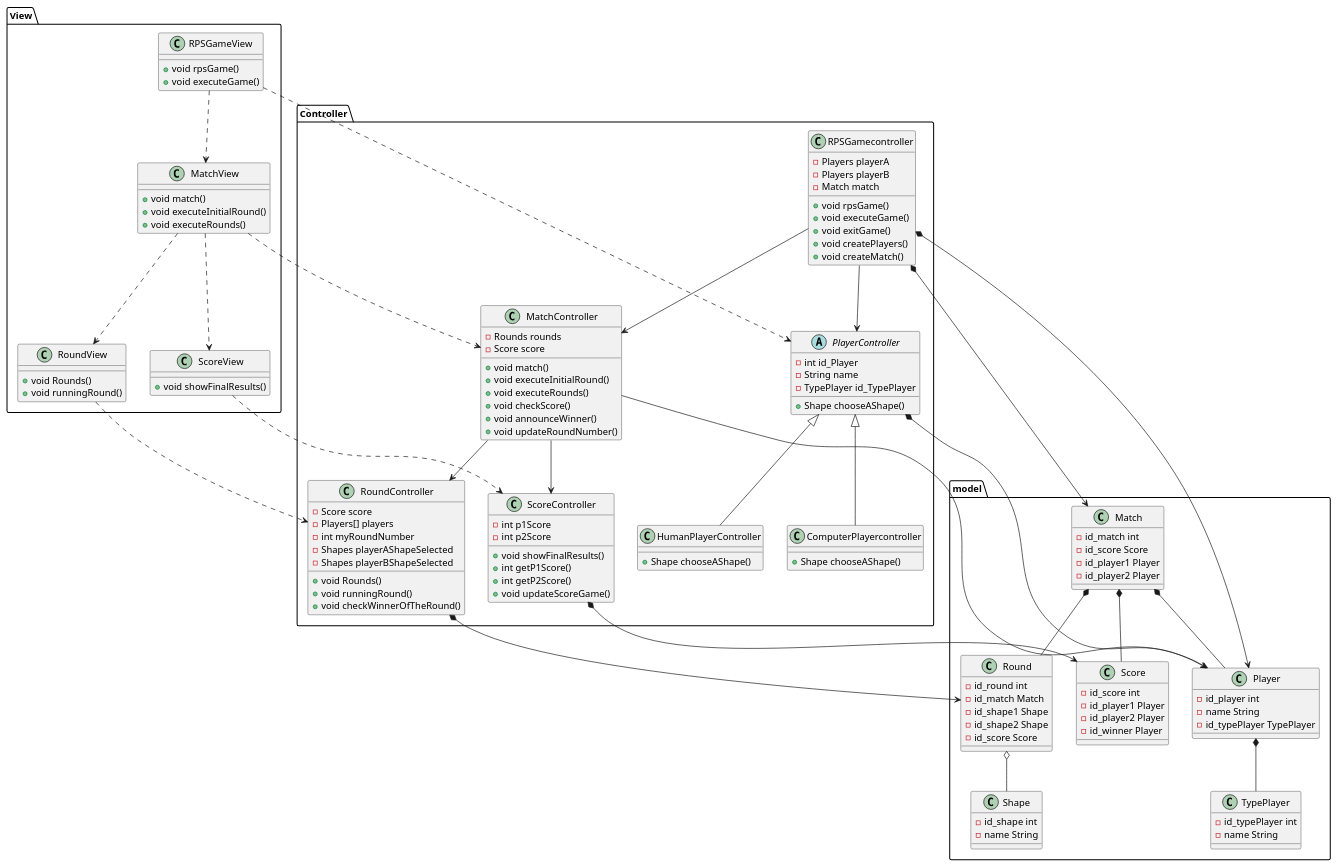
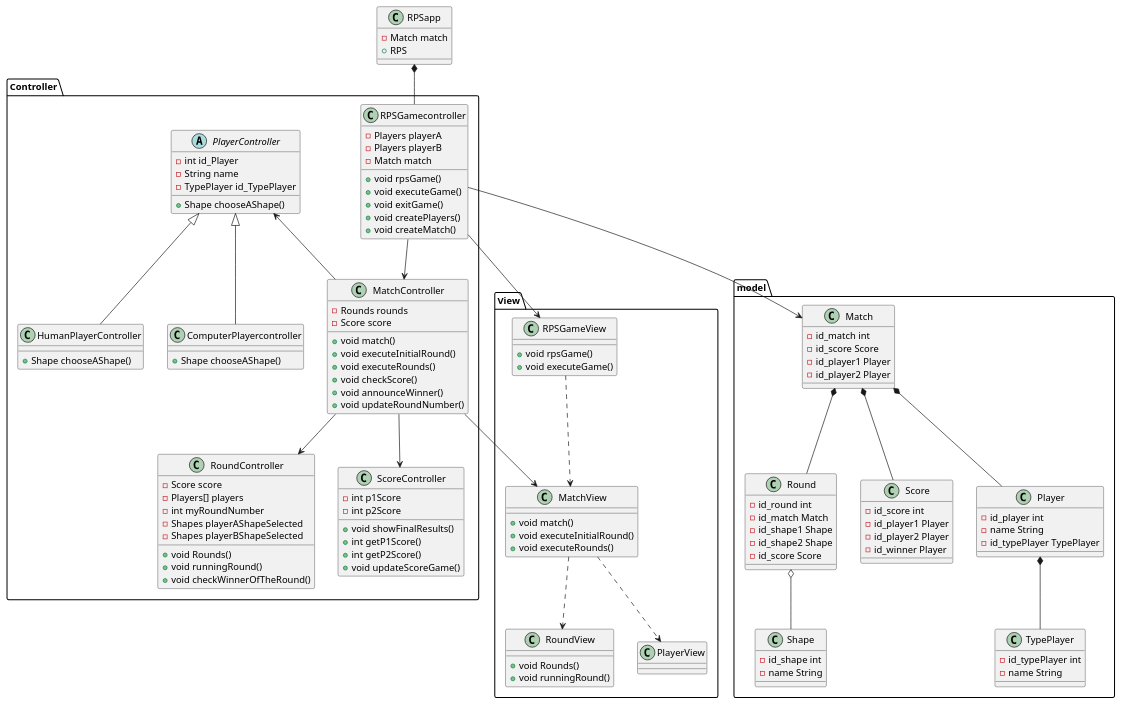
The diagram in doc/mvc-diagram.puml (ederramos01/rock-paper-scissors), drawn with PlantUML before and after one commit.

Commit message:
mvc diagram upgrade

```diff
--- a/doc/mvc-diagram.puml
+++ b/doc/mvc-diagram.puml
@@ -1,156 +1,153 @@
 @startuml
+
+class RPSapp {
+    - Match match
+    +RPS
+}
 
 package View{
     class RPSGameView {
         + void rpsGame()
         + void executeGame()
     }
 
     class MatchView {
         + void match()
         + void executeInitialRound()
         + void executeRounds()
     }
 
     class RoundView {
         + void Rounds()
         + void runningRound()
     }
 
-    class ScoreView {
-        + void showFinalResults()
+    class PlayerView {
+
     }
 }
 
 package Controller {
     class RPSGamecontroller {
         - Players playerA
         - Players playerB
         - Match match
         + void rpsGame()
         + void executeGame()
         + void exitGame()
         + void createPlayers()
         + void createMatch()
     }
 
     class MatchController {
         - Rounds rounds
         - Score score
         + void match()
         + void executeInitialRound()
         + void executeRounds()
         + void checkScore()
         + void announceWinner()
         + void updateRoundNumber()
     }
 
     class RoundController {
         - Score score
         - Players[] players
         - int myRoundNumber
         - Shapes playerAShapeSelected
         - Shapes playerBShapeSelected
         + void Rounds()
         + void runningRound()
         + void checkWinnerOfTheRound()
     }
 
     abstract class PlayerController {
         - int id_Player
         - String name
         - TypePlayer id_TypePlayer
         + Shape chooseAShape()
     }
 
     class HumanPlayerController {
         + Shape chooseAShape()
     }
 
     class ComputerPlayercontroller {
         + Shape chooseAShape()
     }
 
     class ScoreController {
         - int p1Score
         - int p2Score
         + void showFinalResults()
         + int getP1Score()
         + int getP2Score()
         + void updateScoreGame()
     }
 
+    RPSapp *-- RPSGamecontroller
     PlayerController <|-- HumanPlayerController
     PlayerController <|-- ComputerPlayercontroller
     RPSGamecontroller --> MatchController
     MatchController --> RoundController
-    RPSGamecontroller --> PlayerController
     MatchController --> ScoreController
+    PlayerController <-- MatchController
 
-    
 }
 
 package model {
     
     class Round {
     -id_round int
     -id_match Match
     -id_shape1 Shape
     -id_shape2 Shape
     -id_score Score
 }
 
 class Match {
     -id_match int
     -id_score Score
     -id_player1 Player
     -id_player2 Player
 }
 
 class Score {
     -id_score int
     -id_player1 Player
     -id_player2 Player
     -id_winner Player
 }
 
 class Shape {
     -id_shape int
     -name String
 }
 
 class Player{
     -id_player int
     -name String
     -id_typePlayer TypePlayer
 }
 
 class TypePlayer {
     -id_typePlayer int
     -name String
 }
 
     Match *-- Round
     Match *-- Player
     Round o-- Shape
     Player *-- TypePlayer
     Match *-- Score 
 }
 
-PlayerController *--> Player
-MatchController --> Player
-RPSGamecontroller *--> Player
-RPSGamecontroller *--> Match
-RoundController *--> Round
-ScoreController *--> Score
-
-RPSGameView ..> PlayerController
-MatchView ..> MatchController
-
 RPSGameView ..> MatchView
 MatchView ..> RoundView
-MatchView ..> ScoreView
-ScoreView ..> ScoreController
-RoundView ..> RoundController
+MatchView ..> PlayerView
+
+RPSGamecontroller --> RPSGameView
+MatchController --> MatchView
+RPSGamecontroller --> Match
 
 @enduml
```
